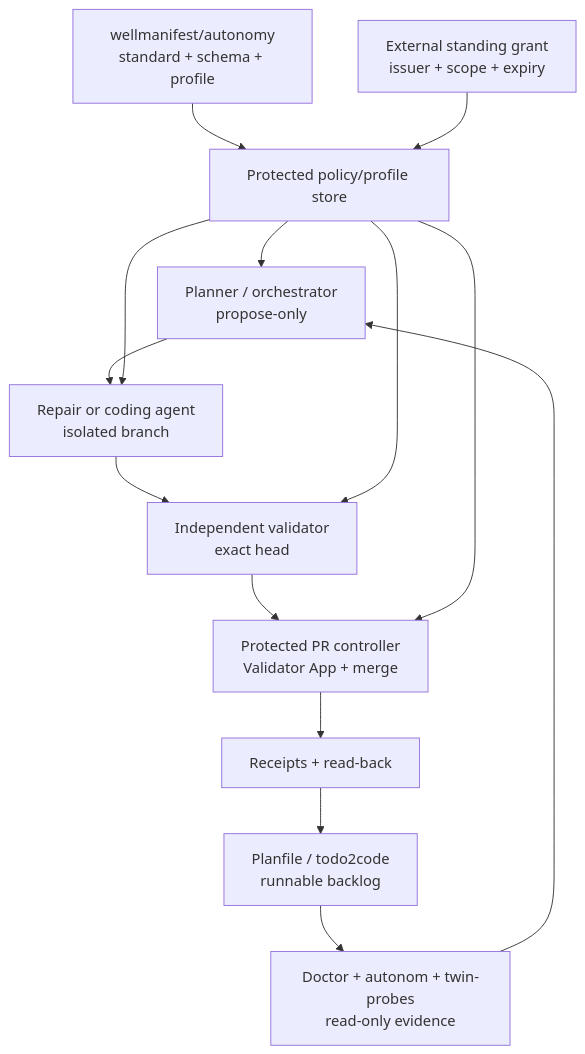
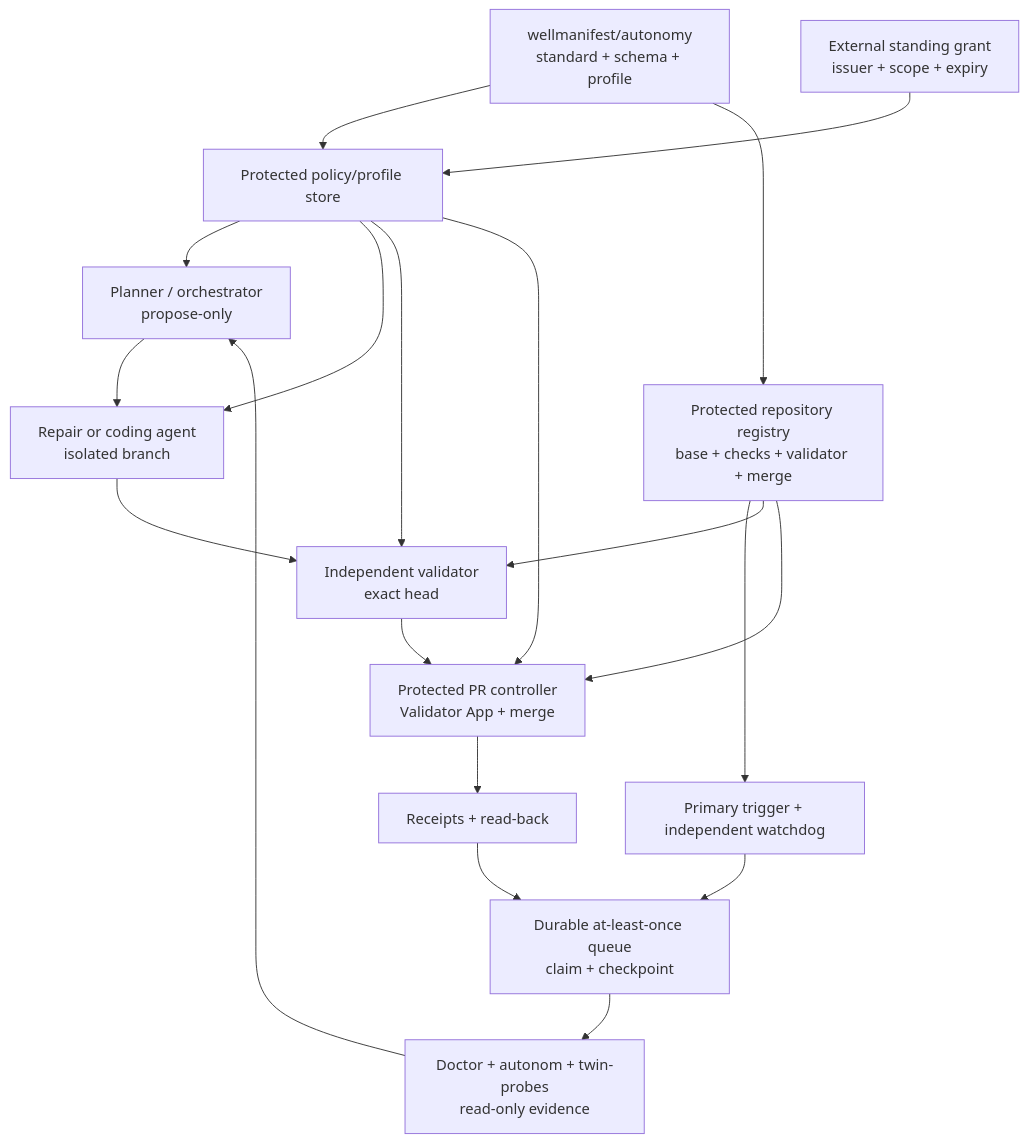
Before and after one commit to wellmanifest/autonomy: the diagram in docs/ARCHITECTURE.md, drawn with Mermaid. The commit also changed other lines of this file and 17 other files, not shown here.

````diff
--- a/docs/ARCHITECTURE.md
+++ b/docs/ARCHITECTURE.md
@@ -9,22 +9,28 @@
 ```mermaid
 flowchart TB
     WM[wellmanifest/autonomy\nstandard + schema + profile]
     Grant[External standing grant\nissuer + scope + expiry]
     Policy[Protected policy/profile store]
-    Queue[Planfile / todo2code\nrunnable backlog]
+    Registry[Protected repository registry\nbase + checks + validator + merge]
+    Trigger[Primary trigger + independent watchdog]
+    Queue[Durable at-least-once queue\nclaim + checkpoint]
     Observer[Doctor + autonom + twin-probes\nread-only evidence]
     Planner[Planner / orchestrator\npropose-only]
     Edit[Repair or coding agent\nisolated branch]
     Validate[Independent validator\nexact head]
     Publish[Protected PR controller\nValidator App + merge]
     Audit[Receipts + read-back]
 
     WM --> Policy
+    WM --> Registry
     Grant --> Policy
-    Queue --> Observer --> Planner --> Edit --> Validate --> Publish --> Audit
+    Trigger --> Queue --> Observer --> Planner --> Edit --> Validate --> Publish --> Audit
+    Registry --> Trigger
+    Registry --> Validate
+    Registry --> Publish
     Policy --> Planner
     Policy --> Edit
     Policy --> Validate
     Policy --> Publish
     Audit --> Queue
 ```
````
